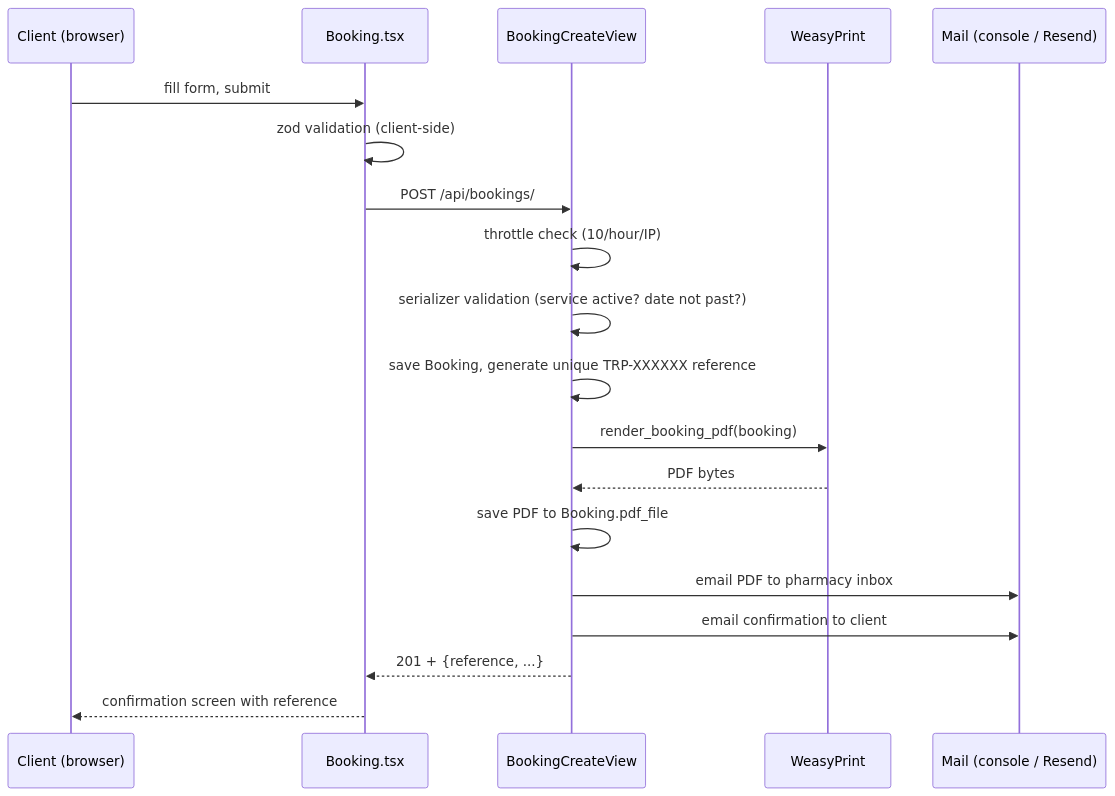
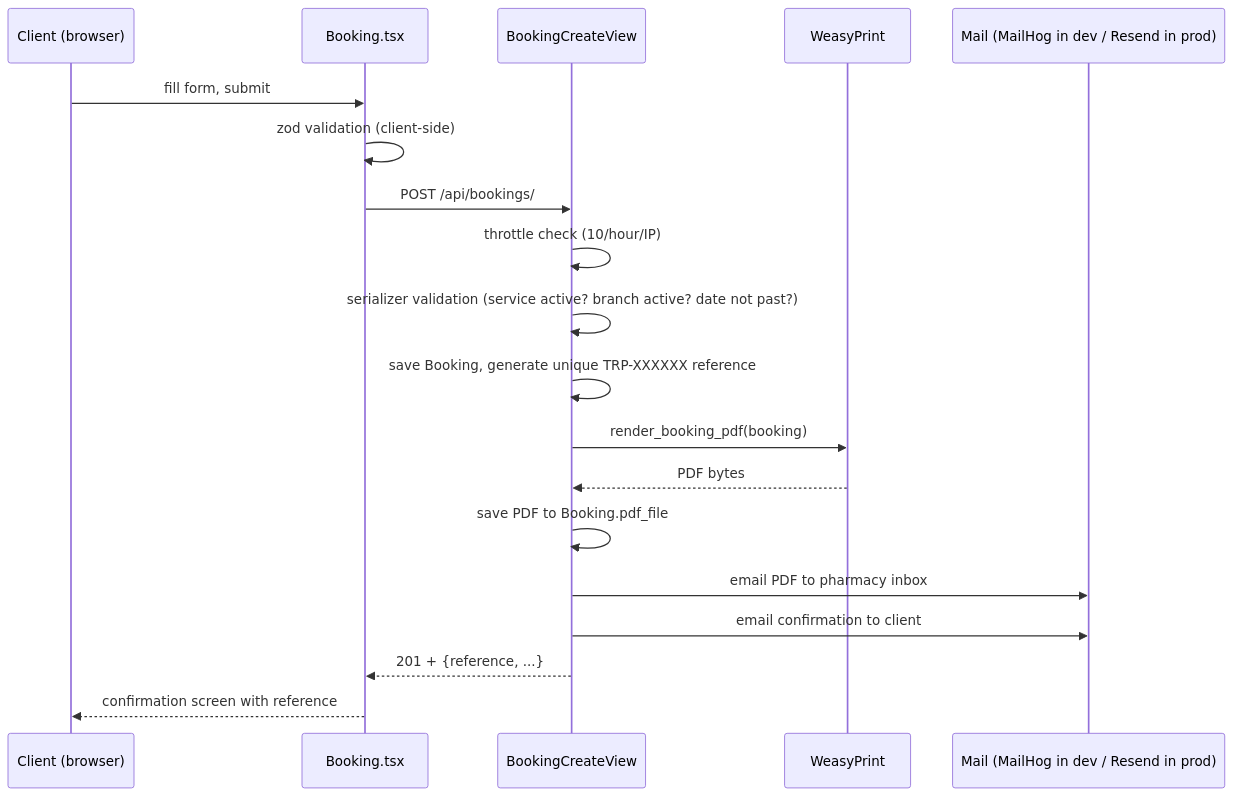
Before and after one commit to dolal1/treasure-pharmacy: the second of 2 diagrams in docs/HOW_IT_WORKS.md, drawn with Mermaid. The commit also changed other lines of this file and 2 other files, not shown here.

````diff
--- a/docs/HOW_IT_WORKS.md
+++ b/docs/HOW_IT_WORKS.md
@@ -85,22 +237,22 @@
 ```mermaid
 sequenceDiagram
     participant U as Client (browser)
     participant F as Booking.tsx
     participant A as BookingCreateView
     participant P as WeasyPrint
-    participant M as Mail (console / Resend)
+    participant M as Mail (MailHog in dev / Resend in prod)
 
     U->>F: fill form, submit
     F->>F: zod validation (client-side)
     F->>A: POST /api/bookings/
     A->>A: throttle check (10/hour/IP)
-    A->>A: serializer validation (service active? date not past?)
+    A->>A: serializer validation (service active? branch active? date not past?)
     A->>A: save Booking, generate unique TRP-XXXXXX reference
     A->>P: render_booking_pdf(booking)
     P-->>A: PDF bytes
     A->>A: save PDF to Booking.pdf_file
     A->>M: email PDF to pharmacy inbox
     A->>M: email confirmation to client
     A-->>F: 201 + {reference, ...}
     F-->>U: confirmation screen with reference
 ```
````
